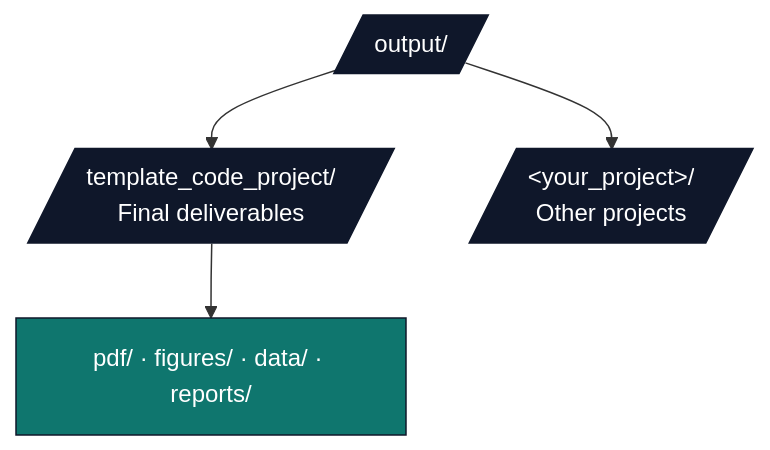
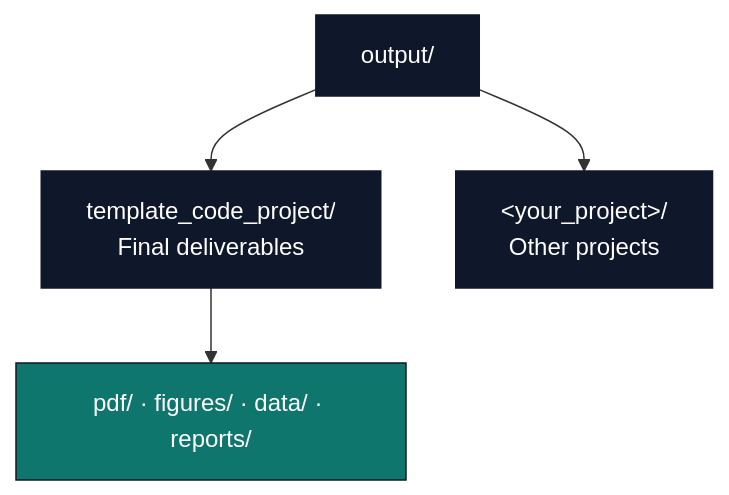
One commit to docxology/template changed the fourth of 7 diagrams in projects/AGENTS.md. Above: the diagram before and after it, drawn with Mermaid. The commit also changed other lines of this file and 94 other files, not shown here.

````diff
--- a/projects/AGENTS.md
+++ b/projects/AGENTS.md
@@ -332,13 +332,13 @@
 ```mermaid
 flowchart TB
-    OUT[/output//]
-    OUT --> CP[/template_code_project/<br/>Final deliverables/]
-    OUT --> YP[/&lt;your_project&gt;/<br/>Other projects/]
+    OUT[output/]
+    OUT --> CP[template_code_project/<br/>Final deliverables]
+    OUT --> YP[&lt;your_project&gt;/<br/>Other projects]
 
     CP --> CP_FILES[pdf/ · figures/ · data/ · reports/]
 
     classDef d fill:#0f172a,stroke:#0f172a,color:#fff
     classDef f fill:#0f766e,stroke:#0f172a,color:#fff
     class OUT,CP,YP d
     class CP_FILES f
 ```
````
